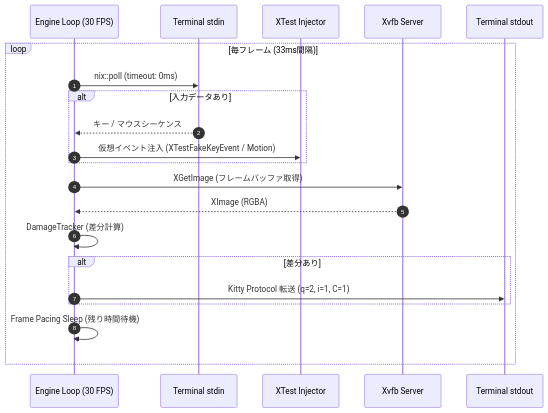
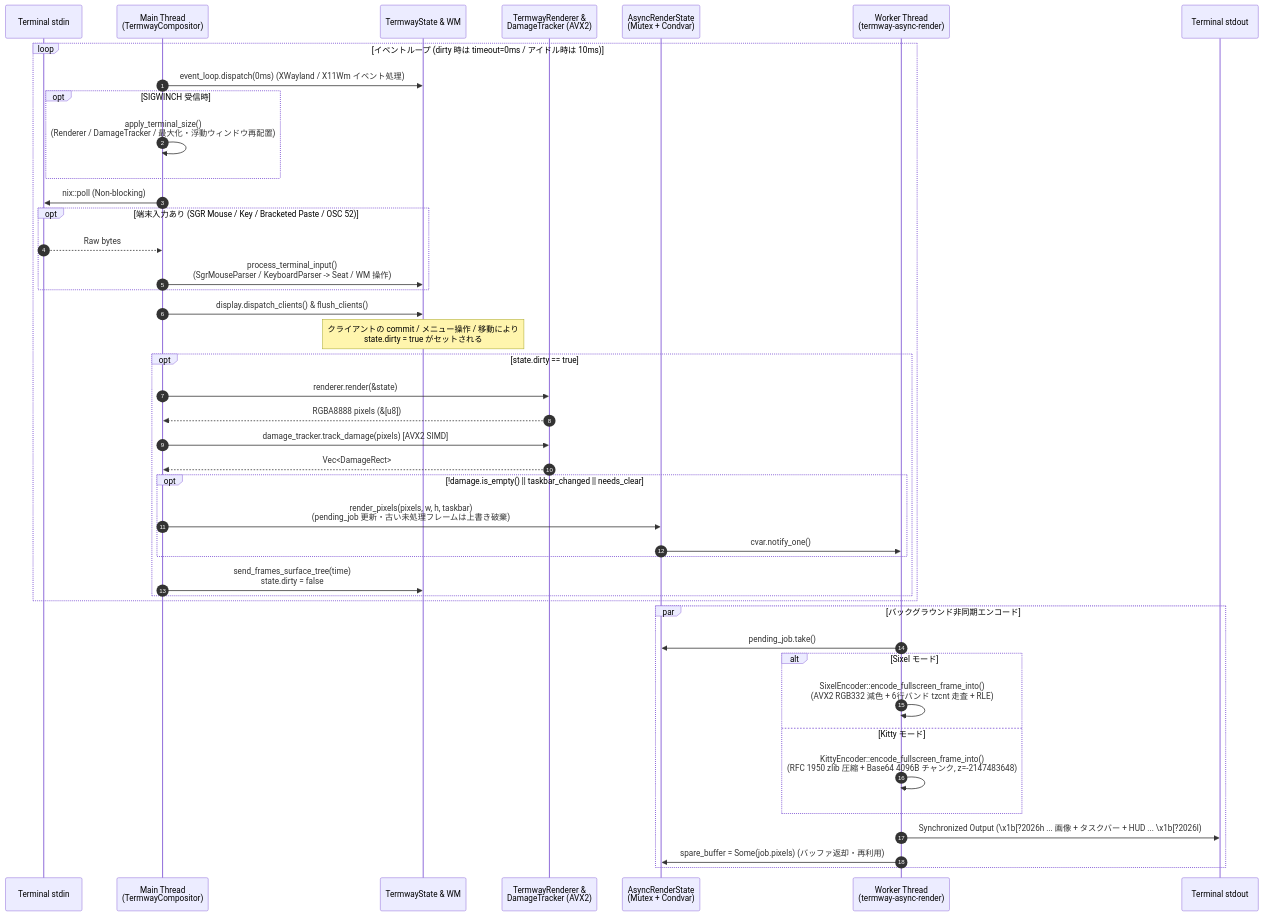
The fourth of 7 diagrams in docs/ARCHITECTURE.md (totatake/termway), drawn with Mermaid before and after one commit. The commit also changed other lines of this file and 4 other files, not shown here.

Commit message:
docs: add static and dynamic architecture diagrams and update specification for v0.6.0

````diff
--- a/docs/ARCHITECTURE.md
+++ b/docs/ARCHITECTURE.md
@@ -137,24 +332,50 @@
 ```mermaid
 sequenceDiagram
     autonumber
-    participant Main as Engine Loop (30 FPS)
-    participant Stdin as Terminal stdin
-    participant XTest as XTest Injector
-    participant Xvfb as Xvfb Server
-    participant Term as Terminal stdout
+    participant TermIn as Terminal stdin
+    participant Main as Main Thread<br/>(TermwayCompositor)
+    participant State as TermwayState & WM
+    participant Pixman as TermwayRenderer &<br/>DamageTracker (AVX2)
+    participant Queue as AsyncRenderState<br/>(Mutex + Condvar)
+    participant Worker as Worker Thread<br/>(termway-async-render)
+    participant TermOut as Terminal stdout
 
-    loop 毎フレーム (33ms間隔)
-        Main->>Stdin: nix::poll (timeout: 0ms)
-        alt 入力データあり
-            Stdin-->>Main: キー / マウスシーケンス
-            Main->>XTest: 仮想イベント注入 (XTestFakeKeyEvent / Motion)
+    loop イベントループ (dirty 時は timeout=0ms / アイドル時は 10ms)
+        Main->>State: event_loop.dispatch(0ms) (XWayland / X11Wm イベント処理)
+        opt SIGWINCH 受信時
+            Main->>Main: apply_terminal_size()<br/>(Renderer / DamageTracker / 最大化・浮動ウィンドウ再配置)
         end
-        Main->>Xvfb: XGetImage (フレームバッファ取得)
-        Xvfb-->>Main: XImage (RGBA)
-        Main->>Main: DamageTracker (差分計算)
-        alt 差分あり
-            Main->>Term: Kitty Protocol 転送 (q=2, i=1, C=1)
+
+        Main->>TermIn: nix::poll (Non-blocking)
+        opt 端末入力あり (SGR Mouse / Key / Bracketed Paste / OSC 52)
+            TermIn-->>Main: Raw bytes
+            Main->>State: process_terminal_input()<br/>(SgrMouseParser / KeyboardParser -> Seat / WM 操作)
         end
-        Main->>Main: Frame Pacing Sleep (残り時間待機)
+
+        Main->>State: display.dispatch_clients() & flush_clients()
+        Note over State: クライアントの commit / メニュー操作 / 移動により<br/>state.dirty = true がセットされる
+
+        opt state.dirty == true
+            Main->>Pixman: renderer.render(&state)
+            Pixman-->>Main: RGBA8888 pixels (&[u8])
+            Main->>Pixman: damage_tracker.track_damage(pixels) [AVX2 SIMD]
+            Pixman-->>Main: Vec<DamageRect>
+            opt !damage.is_empty() || taskbar_changed || needs_clear
+                Main->>Queue: render_pixels(pixels, w, h, taskbar)<br/>(pending_job 更新・古い未処理フレームは上書き破棄)
+                Queue->>Worker: cvar.notify_one()
+            end
+            Main->>State: send_frames_surface_tree(time)<br/>state.dirty = false
+        end
+    end
+
+    par バックグラウンド非同期エンコード
+        Worker->>Queue: pending_job.take()
+        alt Sixel モード
+            Worker->>Worker: SixelEncoder::encode_fullscreen_frame_into()<br/>(AVX2 RGB332 減色 + 6行バンド tzcnt 走査 + RLE)
+        else Kitty モード
+            Worker->>Worker: KittyEncoder::encode_fullscreen_frame_into()<br/>(RFC 1950 zlib 圧縮 + Base64 4096B チャンク, z=-2147483648)
+        end
+        Worker->>TermOut: Synchronized Output (\x1b[?2026h ... 画像 + タスクバー + HUD ... \x1b[?2026l)
+        Worker->>Queue: spare_buffer = Some(job.pixels) (バッファ返却・再利用)
     end
 ```
````
